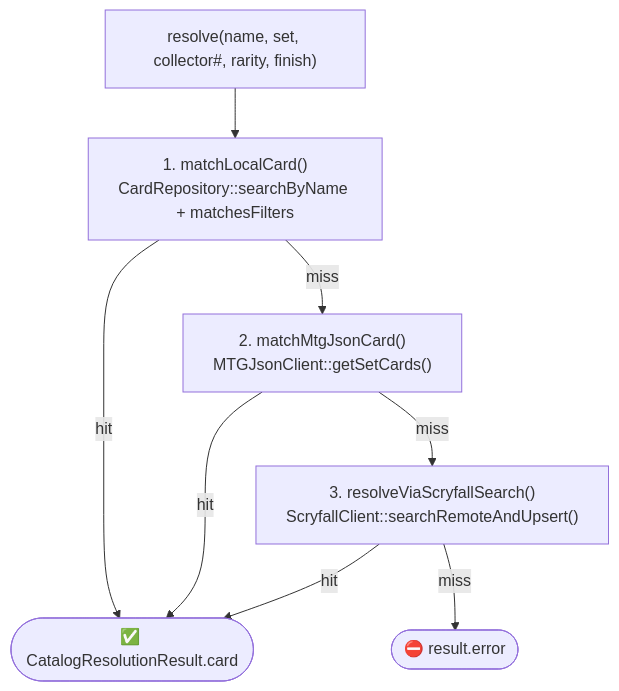
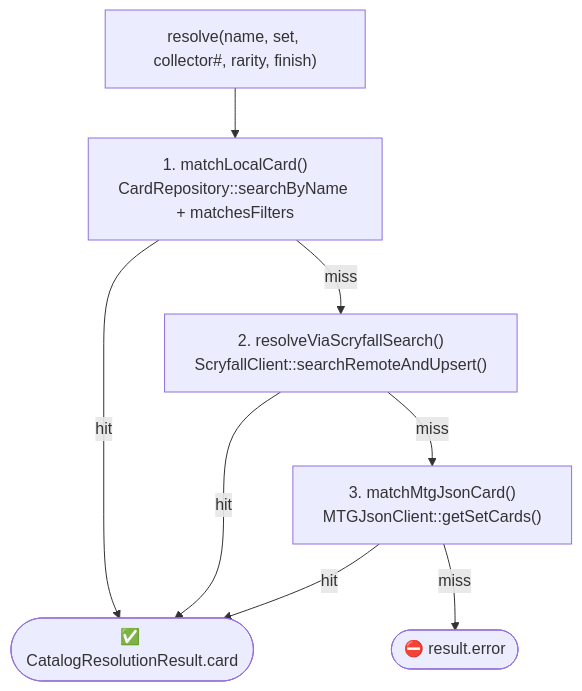
The sixth of 6 diagrams in architecture/catalog-and-inventory.md (tedy97123/store), drawn with Mermaid before and after one commit. The commit also changed other lines of this file and 8 other files, not shown here.

````diff
--- a/architecture/catalog-and-inventory.md
+++ b/architecture/catalog-and-inventory.md
@@ -156,10 +156,10 @@
 ```mermaid
 flowchart TD
     start["resolve(name, set, collector#, rarity, finish)"] --> local["1. matchLocalCard()<br/>CardRepository::searchByName + matchesFilters"]
     local -->|hit| done([✅ CatalogResolutionResult.card])
-    local -->|miss| mtg["2. matchMtgJsonCard()<br/>MTGJsonClient::getSetCards()"]
+    local -->|miss| scry["2. resolveViaScryfallSearch()<br/>ScryfallClient::searchRemoteAndUpsert()"]
+    scry -->|hit| done
+    scry -->|miss| mtg["3. matchMtgJsonCard()<br/>MTGJsonClient::getSetCards()"]
     mtg -->|hit| done
-    mtg -->|miss| scry["3. resolveViaScryfallSearch()<br/>ScryfallClient::searchRemoteAndUpsert()"]
-    scry -->|hit| done
-    scry -->|miss| err([⛔ result.error])
+    mtg -->|miss| err([⛔ result.error])
 ```
````
